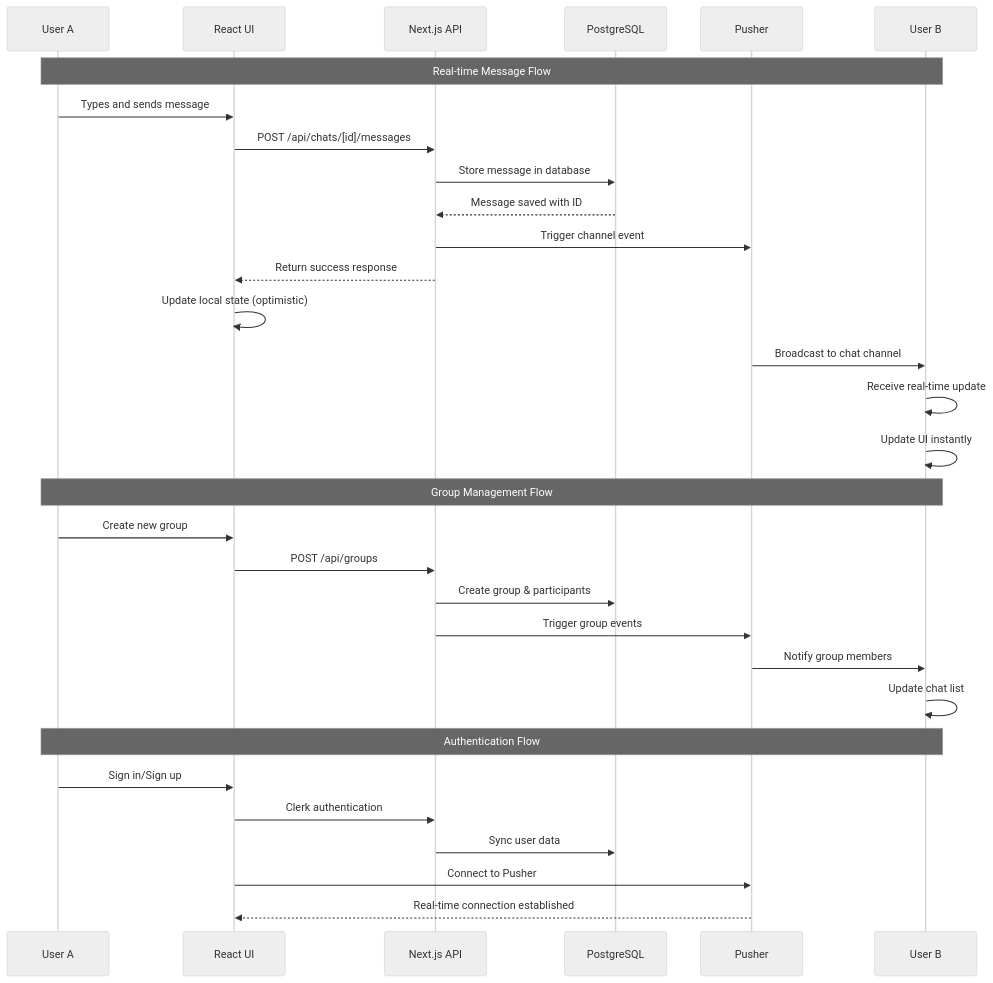
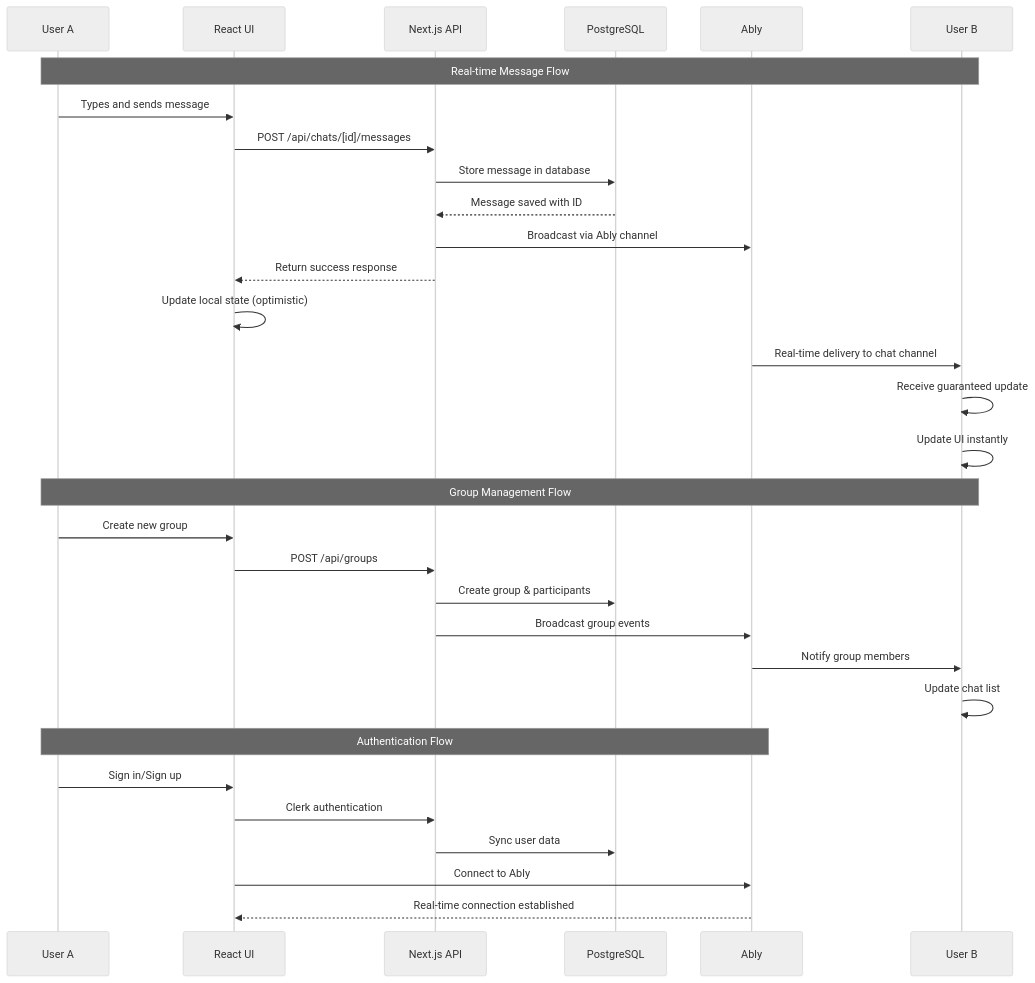
The second of 5 diagrams in README.md (ateendra24/realtime-chat-nextjs), drawn with Mermaid (neutral theme) before and after one commit. The commit also changed other lines of this file and 3 other files, not shown here.

Commit message:
feat: update documentation and code references from Pusher to Ably for real-time messaging

````diff
--- a/README.md
+++ b/README.md
@@ -274,40 +269,40 @@
 ```mermaid
 sequenceDiagram
     participant U as User A
     participant UI as React UI
     participant API as Next.js API
     participant DB as PostgreSQL
-    participant P as Pusher
+    participant P as Ably
     participant U2 as User B
 
     Note over U,U2: Real-time Message Flow
 
     U->>UI: Types and sends message
     UI->>API: POST /api/chats/[id]/messages
     API->>DB: Store message in database
     DB-->>API: Message saved with ID
-    API->>P: Trigger channel event
+    API->>P: Broadcast via Ably channel
     API-->>UI: Return success response
     UI->>UI: Update local state (optimistic)
 
-    P->>U2: Broadcast to chat channel
-    U2->>U2: Receive real-time update
+    P->>U2: Real-time delivery to chat channel
+    U2->>U2: Receive guaranteed update
     U2->>U2: Update UI instantly
 
     Note over U,U2: Group Management Flow
 
     U->>UI: Create new group
     UI->>API: POST /api/groups
     API->>DB: Create group & participants
-    API->>P: Trigger group events
+    API->>P: Broadcast group events
     P->>U2: Notify group members
     U2->>U2: Update chat list
 
-    Note over U,U2: Authentication Flow
+    Note over U,P: Authentication Flow
 
     U->>UI: Sign in/Sign up
     UI->>API: Clerk authentication
     API->>DB: Sync user data
-    UI->>P: Connect to Pusher
+    UI->>P: Connect to Ably
     P-->>UI: Real-time connection established
 ```
````
